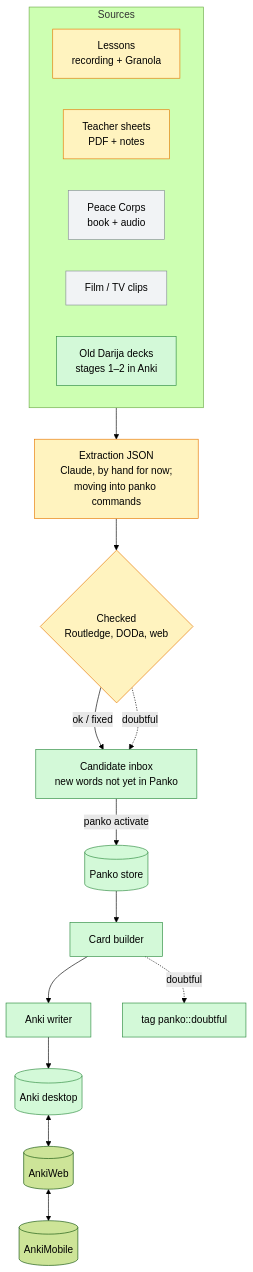
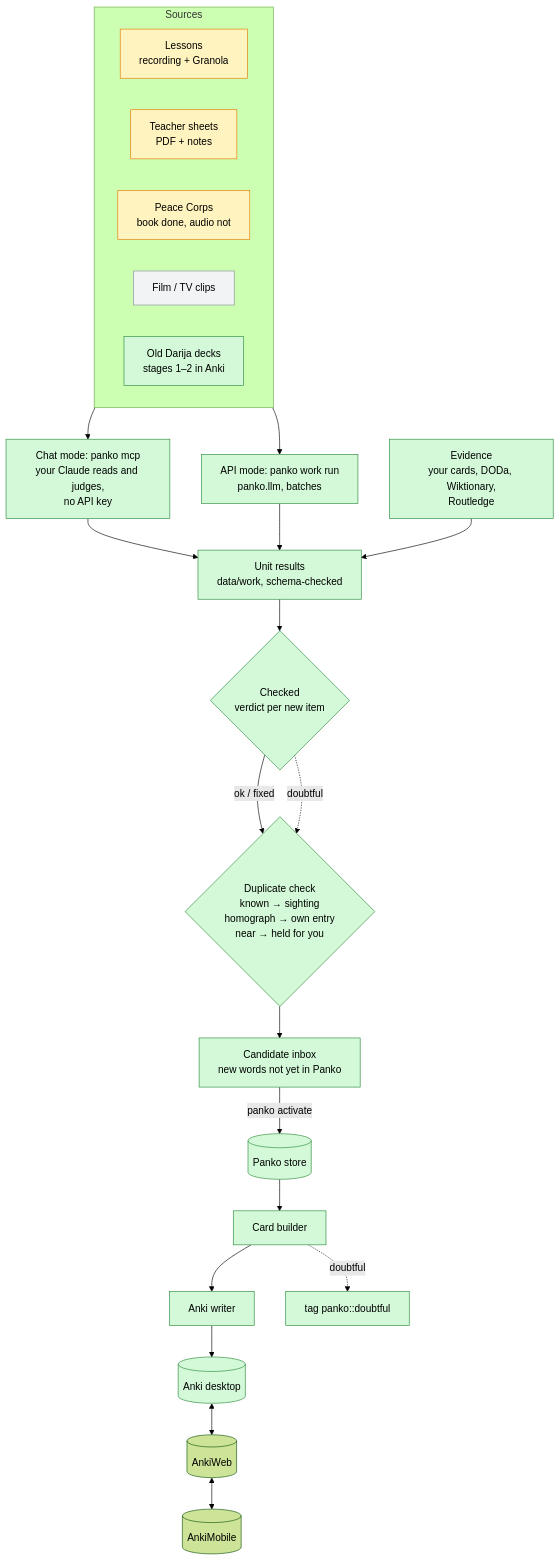
The first of 5 diagrams in docs/ARCHITECTURE.md (NotAHill/panko), drawn with Mermaid (forest theme) before and after one commit. The commit also changed other lines of this file and 22 other files, not shown here.

````diff
--- a/docs/ARCHITECTURE.md
+++ b/docs/ARCHITECTURE.md
@@ -12,25 +12,30 @@
 ```mermaid
 flowchart TB
     subgraph Sources
         direction LR
         L[Lessons<br/>recording + Granola]:::part
         T[Teacher sheets<br/>PDF + notes]:::part
-        PC[Peace Corps<br/>book + audio]:::plan
+        PC[Peace Corps<br/>book done, audio not]:::part
         M[Film / TV clips]:::plan
         D[Old Darija decks<br/>stages 1–2 in Anki]:::built
     end
-    Sources --> X[Extraction JSON<br/>Claude, by hand for now;<br/>moving into panko commands]:::part
-    X --> C{Checked<br/>Routledge, DODa, web}:::part
-    C -- ok / fixed --> IN[Candidate inbox<br/>new words not yet in Panko]:::built
-    C -. doubtful .-> IN
+    Sources --> CM[Chat mode: panko mcp<br/>your Claude reads and judges,<br/>no API key]:::built
+    Sources --> API[API mode: panko work run<br/>panko.llm, batches]:::built
+    CM --> X[Unit results<br/>data/work, schema-checked]:::built
+    API --> X
+    EV[Evidence<br/>your cards, DODa, Wiktionary,<br/>Routledge]:::built --> X
+    X --> C{Checked<br/>verdict per new item}:::built
+    C -- ok / fixed --> DD{Duplicate check<br/>known → sighting<br/>homograph → own entry<br/>near → held for you}:::built
+    C -. doubtful .-> DD
+    DD --> IN[Candidate inbox<br/>new words not yet in Panko]:::built
     IN -- panko activate --> S[(Panko store)]:::built
     S --> B[Card builder]:::built
     B --> W[Anki writer]:::built
     B -. doubtful .-> F[tag panko::doubtful]:::built
     W --> A[(Anki desktop)]:::built
     A <--> AW[(AnkiWeb)] <--> AM[(AnkiMobile)]
 
     classDef built fill:#d3f9d8,stroke:#2b8a3e,color:#000
     classDef part fill:#fff3bf,stroke:#e67700,color:#000
     classDef plan fill:#f1f3f5,stroke:#868e96,color:#000
 ```
````
